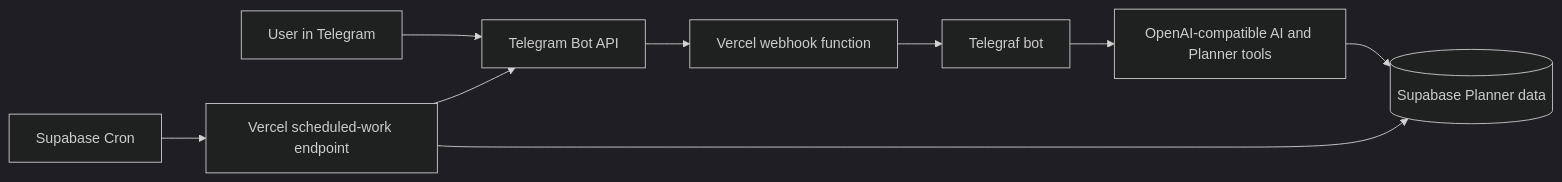
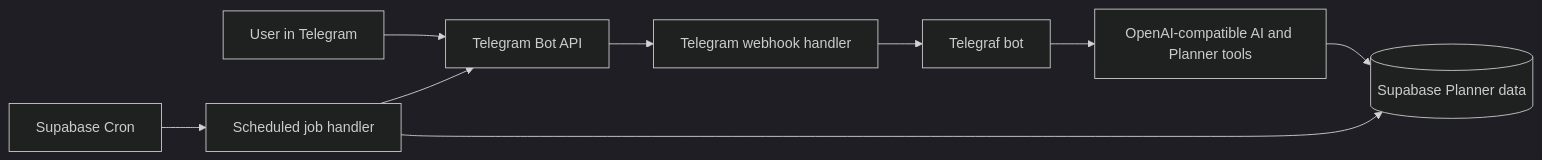
One commit to selecteg12/planner-ai-assistant changed the diagram in README.md. Above: the diagram before and after it, drawn with Mermaid (dark theme). The commit also changed other lines of this file and 1 other file, not shown here.

Commit message:
Clarify local setup and webhook documentation

````diff
--- a/README.md
+++ b/README.md
@@ -37,11 +37,11 @@
 ```mermaid
 flowchart LR
     U[User in Telegram] --> T[Telegram Bot API]
-    T --> V[Vercel webhook function]
+    T --> V[Telegram webhook handler]
     V --> B[Telegraf bot]
     B --> A[OpenAI-compatible AI and Planner tools]
     A --> S[(Supabase Planner data)]
-    C[Supabase Cron] --> J[Vercel scheduled-work endpoint]
+    C[Supabase Cron] --> J[Scheduled job handler]
     J --> S
     J --> T
 ```
````
